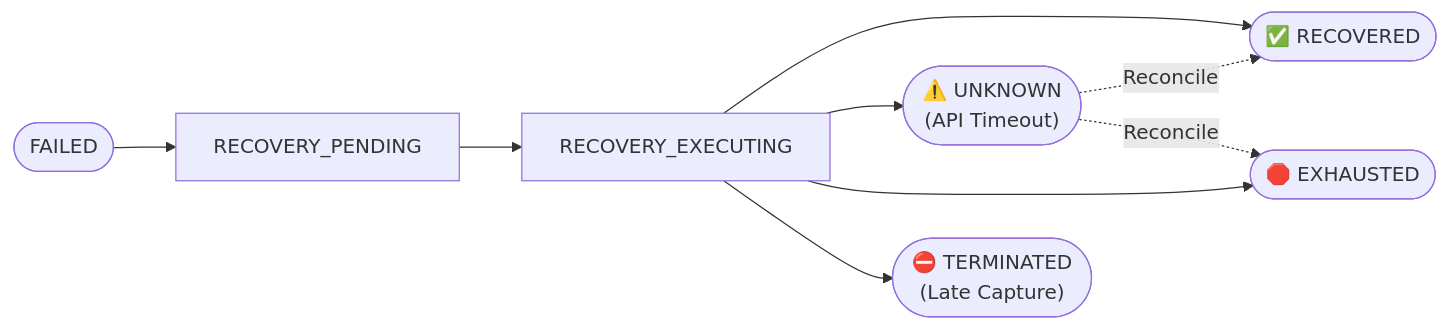
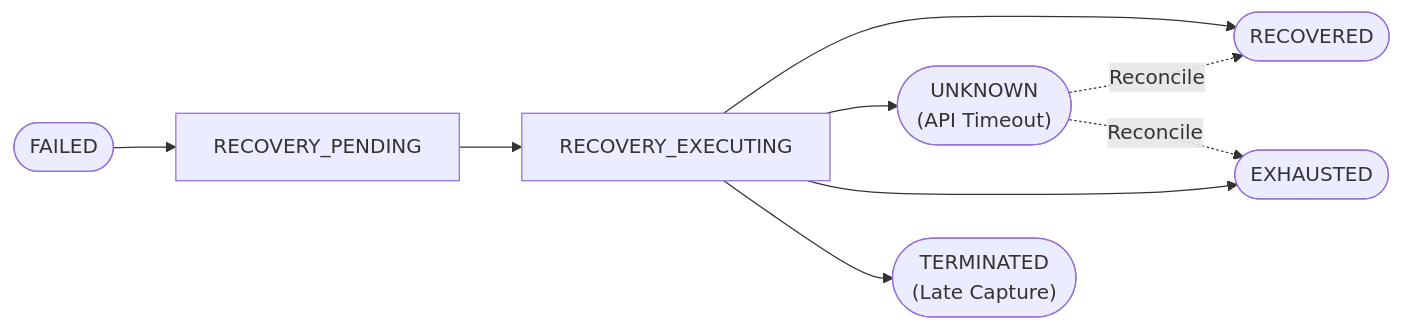
One commit to Krish6115/RALLY changed the second of 4 diagrams in README.md. Above: the diagram before and after it, drawn with Mermaid. The commit also changed other lines of this file and 3 other files, not shown here.

Commit message:
refactor(docs,ui): make architecture horizontal, remove emojis and symbols, embed verified demo walkthrough recording

````diff
--- a/README.md
+++ b/README.md
@@ -202,11 +183,11 @@
 ```mermaid
 flowchart LR
     FAILED(["FAILED"]) --> PENDING["RECOVERY_PENDING"]
     PENDING --> EXECUTING["RECOVERY_EXECUTING"]
-    EXECUTING --> RECOVERED(["✅ RECOVERED"])
-    EXECUTING --> UNKNOWN(["⚠️ UNKNOWN<br/>(API Timeout)"])
-    EXECUTING --> EXHAUSTED(["🛑 EXHAUSTED"])
-    EXECUTING --> TERMINATED(["⛔ TERMINATED<br/>(Late Capture)"])
+    EXECUTING --> RECOVERED(["RECOVERED"])
+    EXECUTING --> UNKNOWN(["UNKNOWN<br/>(API Timeout)"])
+    EXECUTING --> EXHAUSTED(["EXHAUSTED"])
+    EXECUTING --> TERMINATED(["TERMINATED<br/>(Late Capture)"])
     UNKNOWN -.->|"Reconcile"| RECOVERED
     UNKNOWN -.->|"Reconcile"| EXHAUSTED
 ```
````
